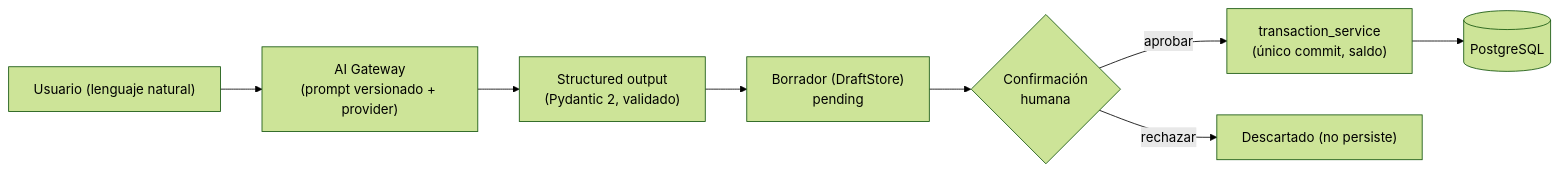
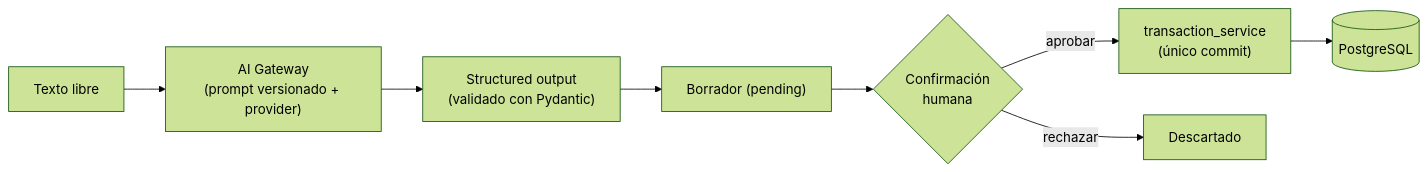
Before and after one commit to agustincoronel1/plata: the diagram in README.md, drawn with Mermaid (forest theme). The commit also changed other lines of this file and 143 other files, not shown here.

````diff
--- a/README.md
+++ b/README.md
@@ -463,10 +54,10 @@
 ```mermaid
 flowchart LR
-    U["Usuario (lenguaje natural)"] --> GW["AI Gateway<br/>(prompt versionado + provider)"]
-    GW --> SO["Structured output<br/>(Pydantic 2, validado)"]
-    SO --> DR["Borrador (DraftStore)<br/>pending"]
+    U["Texto libre"] --> GW["AI Gateway<br/>(prompt versionado + provider)"]
+    GW --> SO["Structured output<br/>(validado con Pydantic)"]
+    SO --> DR["Borrador (pending)"]
     DR --> H{"Confirmación<br/>humana"}
-    H -- aprobar --> TS["transaction_service<br/>(único commit, saldo)"]
-    H -- rechazar --> X["Descartado (no persiste)"]
+    H -- aprobar --> TS["transaction_service<br/>(único commit)"]
+    H -- rechazar --> X["Descartado"]
     TS --> PG[("PostgreSQL")]
 ```
````
